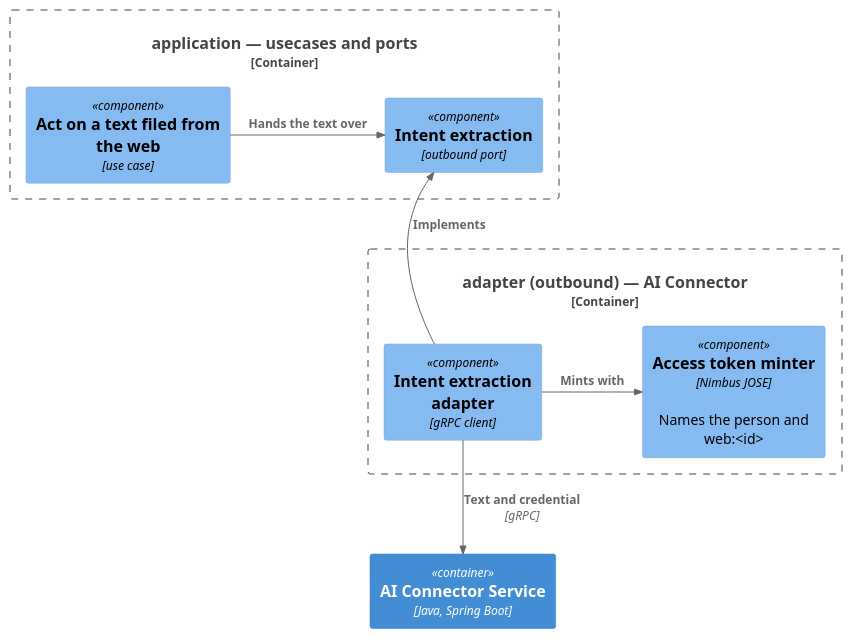
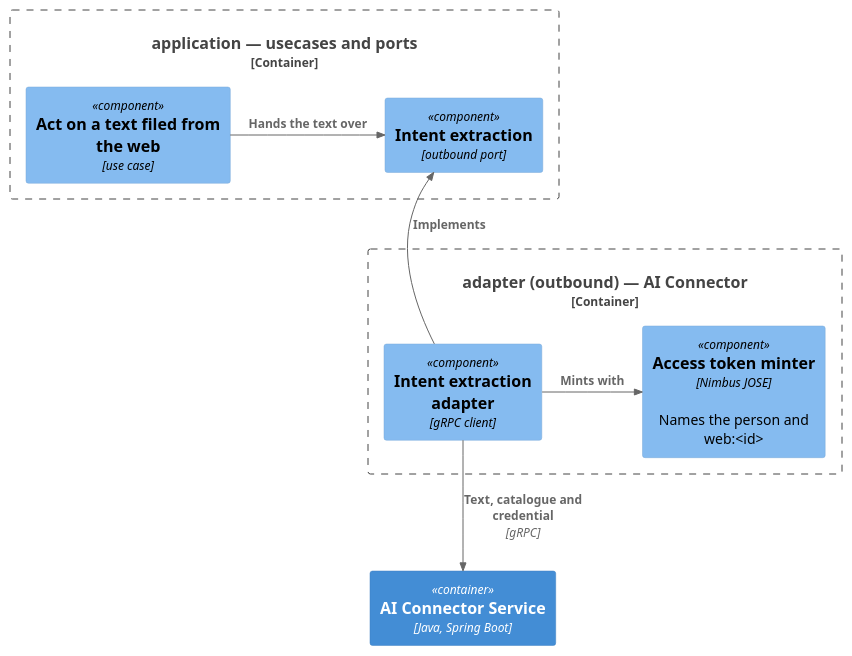
The second of 3 diagrams in ledger-service/docs/usecases/handle-written-message.md (ds-usova/finance-bot), drawn with PlantUML before and after one commit. The commit also changed other lines of this file and 13 other files, not shown here.

````diff
--- a/ledger-service/docs/usecases/handle-written-message.md
+++ b/ledger-service/docs/usecases/handle-written-message.md
@@ -102,22 +102,22 @@
 ```plantuml
 @startuml C3-Component-HandleWrittenMessage-Connector
 !include <C4/C4_Component>
 
 Container_Boundary(application, "application — usecases and ports") {
   Component(useCase, "Act on a text filed from the web", "use case")
   Component(extractionPort, "Intent extraction", "outbound port")
 }
 Container_Boundary(outboundAi, "adapter (outbound) — AI Connector") {
   Component(extractionAdapter, "Intent extraction adapter", "gRPC client")
   Component(minter, "Access token minter", "Nimbus JOSE", "Names the person and web:<id>")
 }
 Container(connector, "AI Connector Service", "Java, Spring Boot")
 
 Rel_R(useCase, extractionPort, "Hands the text over")
 Rel_U(extractionAdapter, extractionPort, "Implements")
 Rel_R(extractionAdapter, minter, "Mints with")
-Rel_D(extractionAdapter, connector, "Text and credential", "gRPC")
+Rel_D(extractionAdapter, connector, "Text, catalogue and credential", "gRPC")
 
 Lay_D(extractionPort, extractionAdapter)
 @enduml
 ```
````
